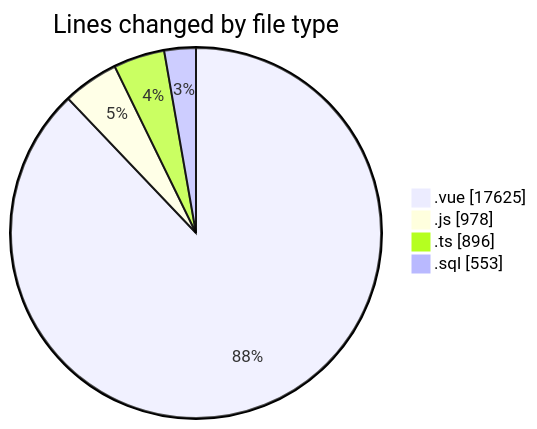
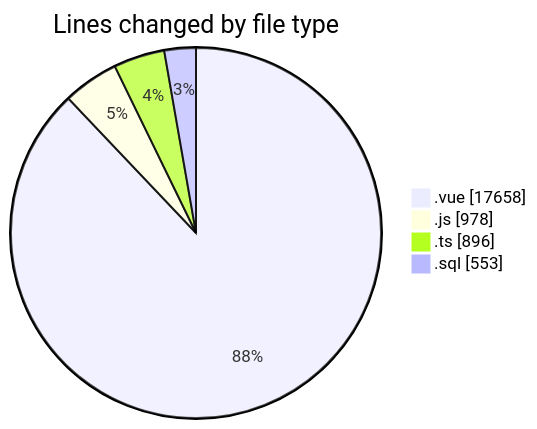
One commit to lephambinh05/code-tracking changed the first of 2 diagrams in 2025-08-13/rentotp/README.md. Above: the diagram before and after it, drawn with Mermaid. The commit also changed other lines of this file and 1 other file, not shown here.

````diff
--- a/2025-08-13/rentotp/README.md
+++ b/2025-08-13/rentotp/README.md
@@ -42,8 +42,8 @@
 ```mermaid
 pie showData
 title Lines changed by file type
-".vue" : 17625
+".vue" : 17658
 ".js" : 978
 ".ts" : 896
 ".sql" : 553
 ```
````
